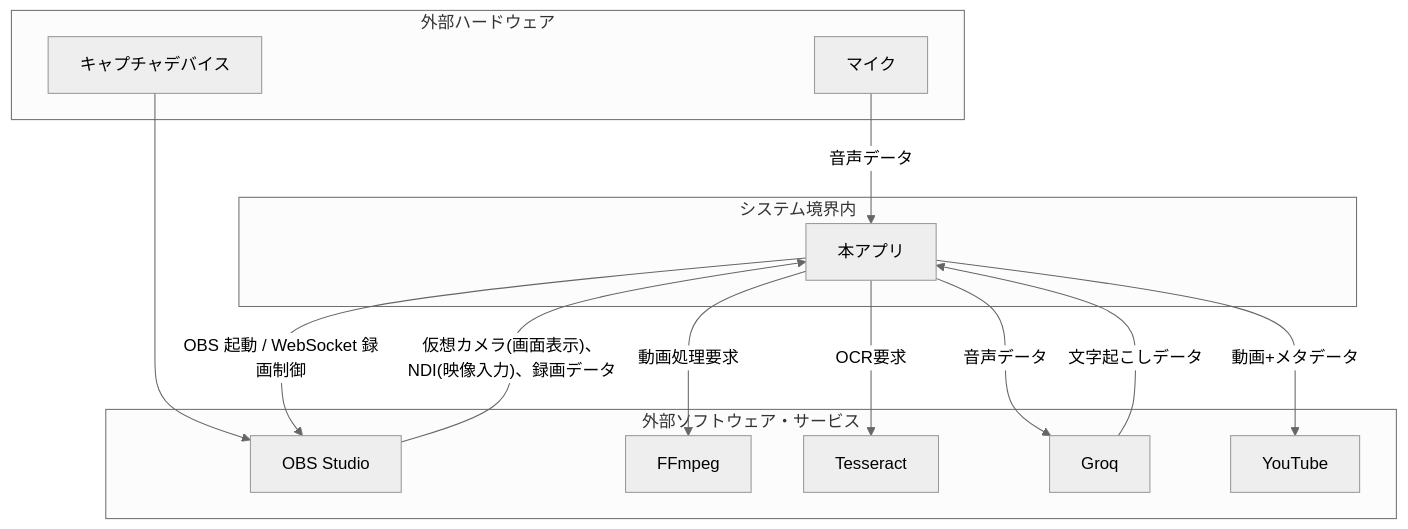
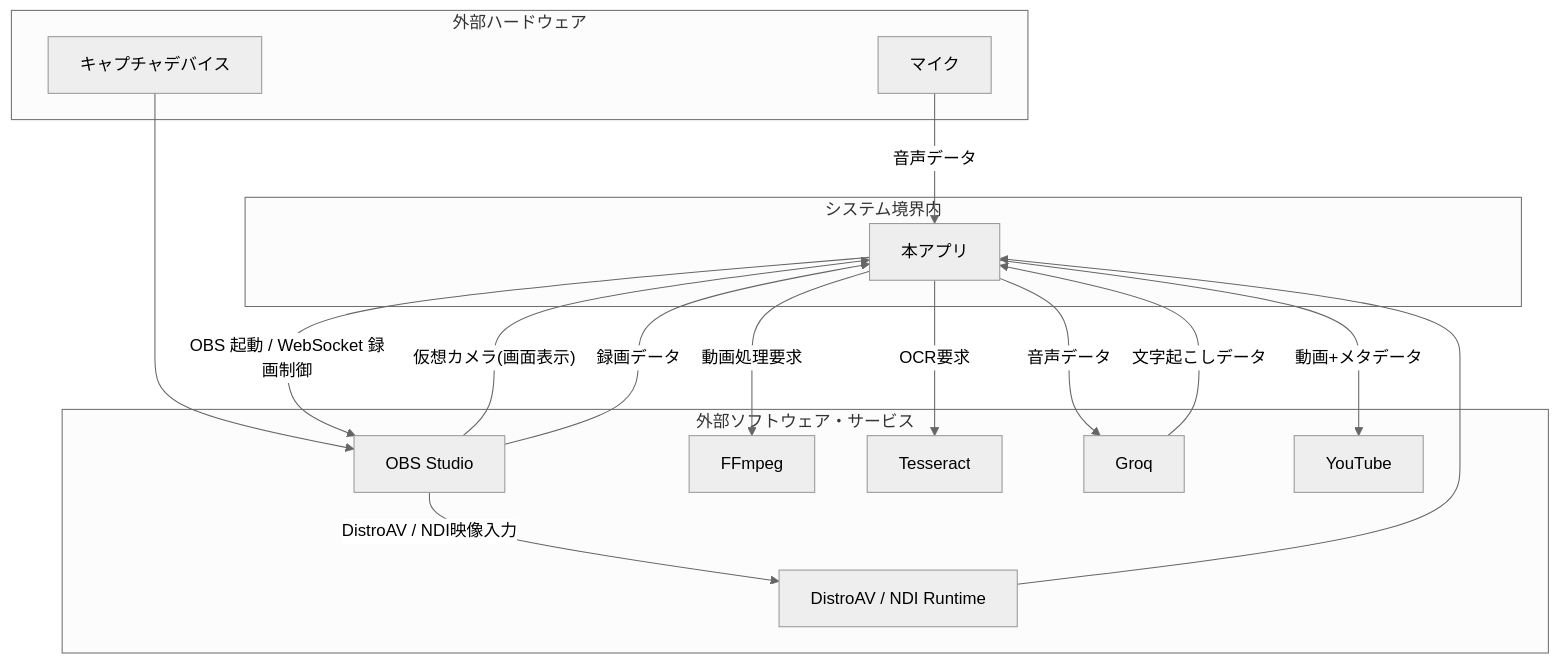
One commit to saw4405/splat-replay2 changed the third of 8 diagrams in docs/external_spec.md. Above: the diagram before and after it, drawn with Mermaid (neutral theme). The commit also changed other lines of this file and 13 other files, not shown here.

````diff
--- a/docs/external_spec.md
+++ b/docs/external_spec.md
@@ -100,27 +103,30 @@
 ```mermaid
 graph TD
     subgraph 外部ハードウェア
         Microphone[マイク]
         CaptureDevice[キャプチャデバイス]
     end
     subgraph ExternalSoftwareServices["外部ソフトウェア・サービス"]
         OBS[OBS Studio]
+        NDI[DistroAV / NDI Runtime]
         FFmpeg[FFmpeg]
         Tesseract[Tesseract]
         Groq[Groq]
         YouTube[YouTube]
     end
     subgraph システム境界内
         App[本アプリ]
     end
 
     CaptureDevice --> OBS
     App -- OBS 起動 / WebSocket 録画制御 --> OBS
-    OBS -- 仮想カメラ(画面表示)、NDI(映像入力)、録画データ --> App
+    OBS -- 仮想カメラ(画面表示) --> App
+    OBS -- DistroAV / NDI映像入力 --> NDI --> App
+    OBS -- 録画データ --> App
     Microphone -- 音声データ --> App
     App -- 動画処理要求 --> FFmpeg
     App -- OCR要求 --> Tesseract
     App -- 音声データ --> Groq
     Groq -- 文字起こしデータ --> App
     App -- 動画+メタデータ --> YouTube
 ```
````
